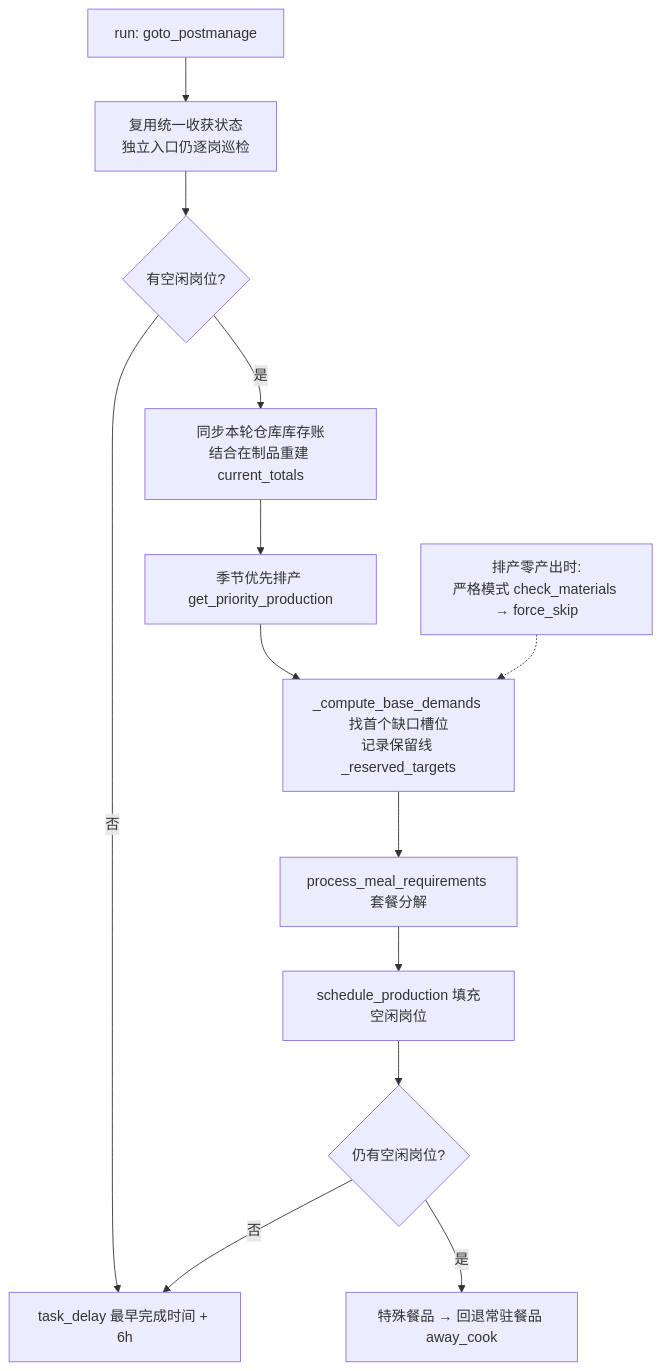
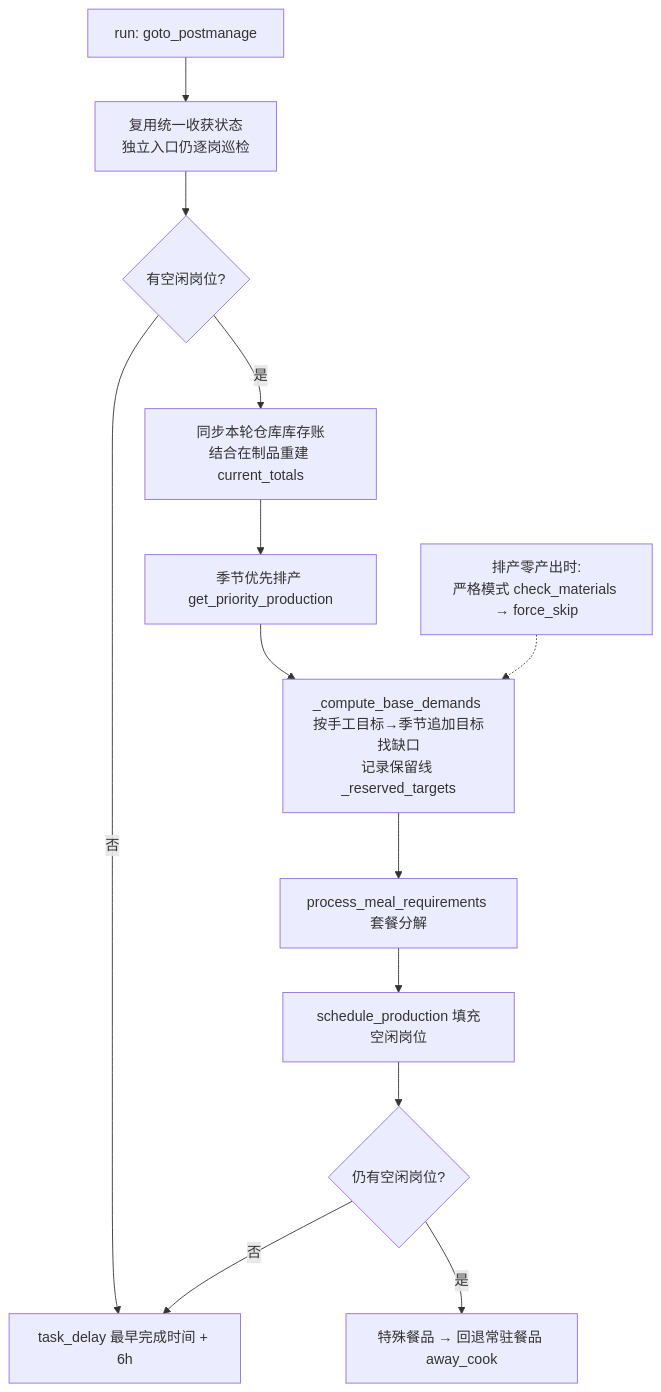
Before and after one commit to zhouyc0707-spec/AzurPilot: the first of 2 diagrams in docs/modules/game/island.md, drawn with Mermaid. The commit also changed other lines of this file and 28 other files, not shown here.

````diff
--- a/docs/modules/game/island.md
+++ b/docs/modules/game/island.md
@@ -217,15 +217,15 @@
 ```mermaid
 flowchart TD
     A[run: goto_postmanage] --> B[复用统一收获状态<br>独立入口仍逐岗巡检]
     B --> C{有空闲岗位?}
     C -- 否 --> Z[task_delay 最早完成时间 + 6h]
     C -- 是 --> D[同步本轮仓库库存账<br>结合在制品重建 current_totals]
     D --> E[季节优先排产 get_priority_production]
-    E --> F[_compute_base_demands 找首个缺口槽位<br>记录保留线 _reserved_targets]
+    E --> F[_compute_base_demands 按手工目标→季节追加目标找缺口<br>记录保留线 _reserved_targets]
     F --> G[process_meal_requirements 套餐分解]
     G --> H[schedule_production 填充空闲岗位]
     H --> I{仍有空闲岗位?}
     I -- 是 --> J[特殊餐品 → 回退常驻餐品 away_cook]
     I -- 否 --> Z
     K[排产零产出时:<br>严格模式 check_materials → force_skip] -.-> F
 ```
````
